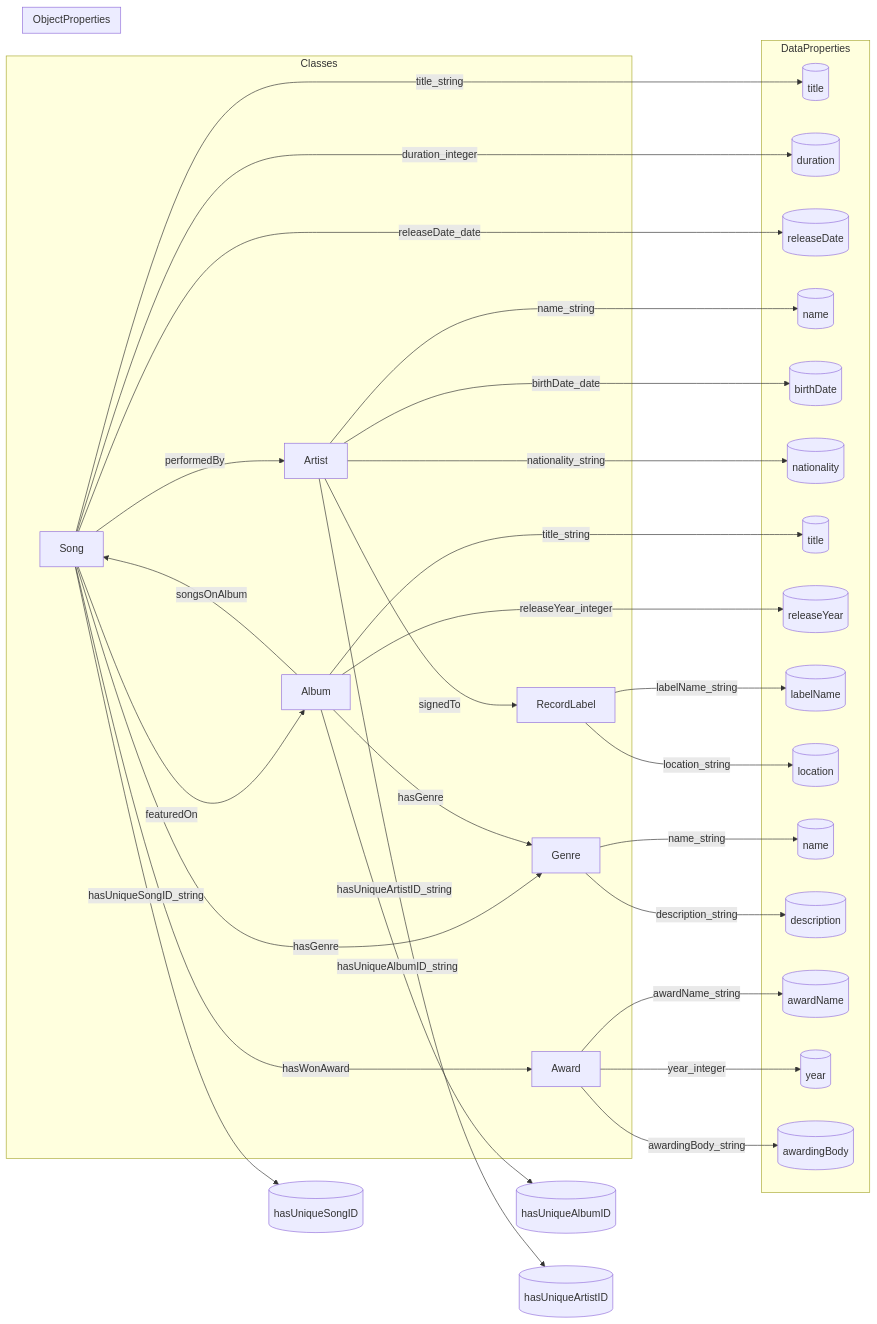
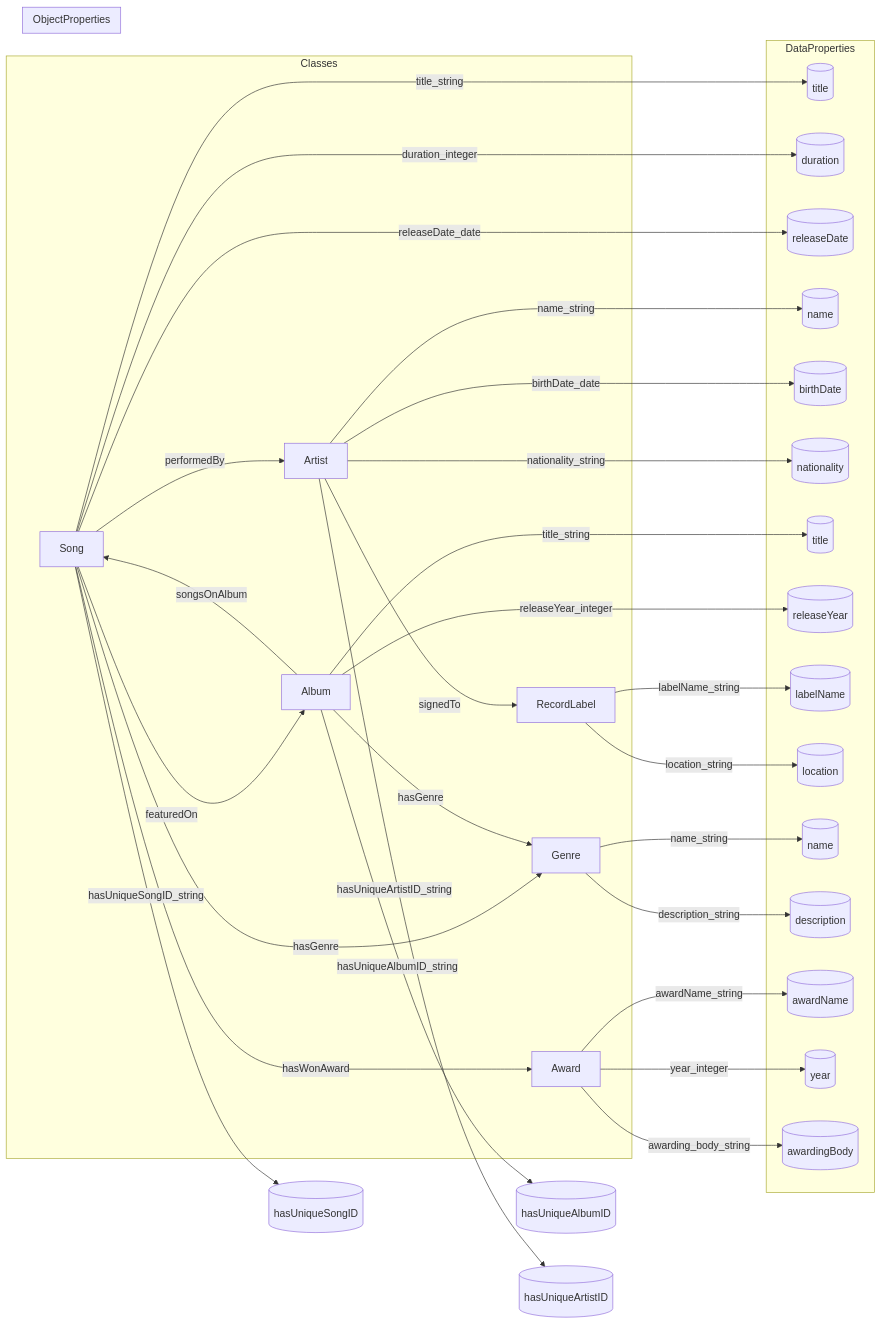
Before and after one commit to shauryashaurya/The-Silmaril: the second of 2 diagrams in o-02-Music/o02-structure.md, drawn with Mermaid. The commit also changed other lines of this file and 9 other files, not shown here.

```diff
--- a/o-02-Music/o02-structure.md
+++ b/o-02-Music/o02-structure.md
@@ -146,7 +146,7 @@
         Genre -- description_string --> description[(description)]
         Award -- awardName_string --> awardName[(awardName)]
         Award -- year_integer --> year[(year)]
-        Award -- awardingBody_string --> awardingBody[(awardingBody)]
+        Award -- awarding_body_string --> awardingBody[(awardingBody)]
     end
 
     %% renders inline as edges between the classes
```
